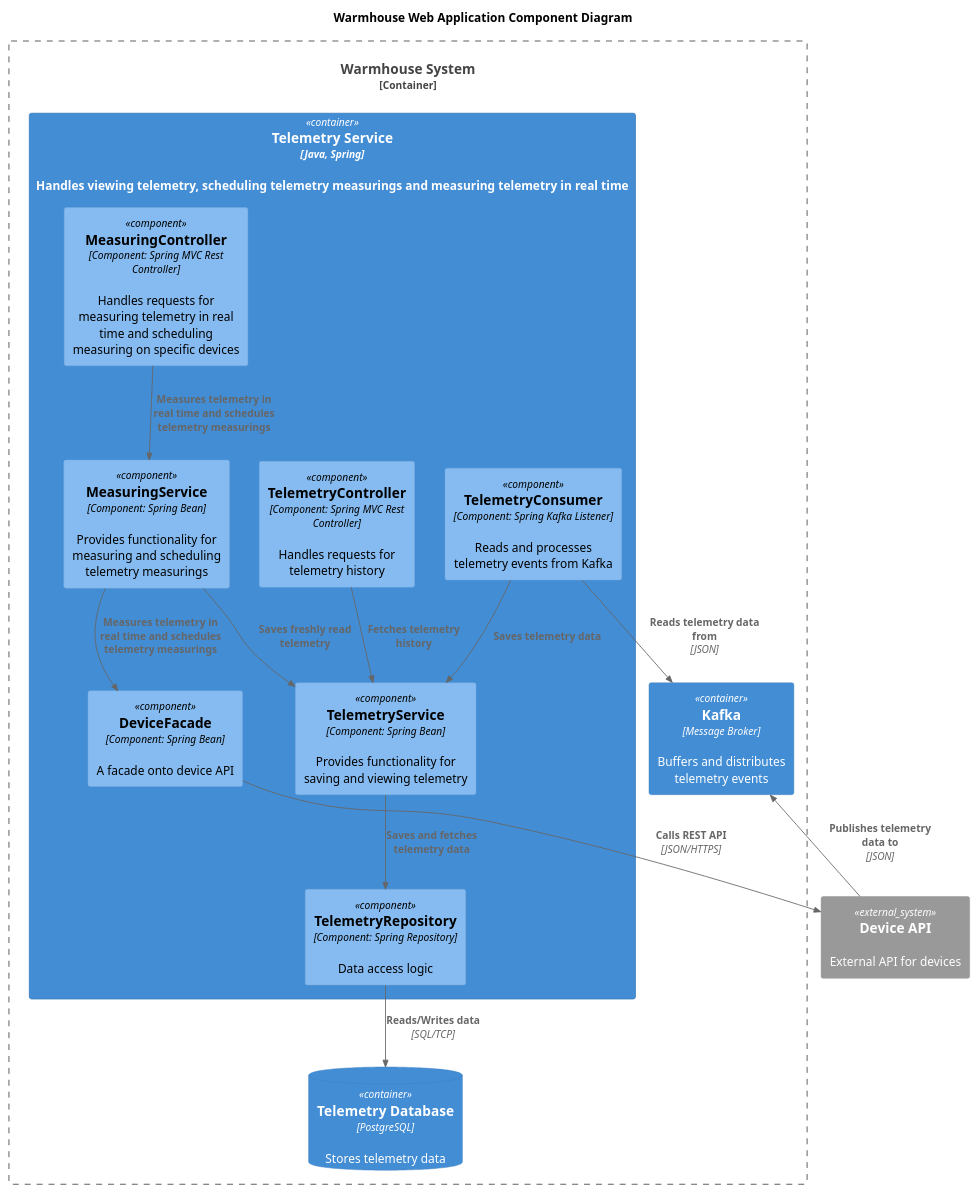
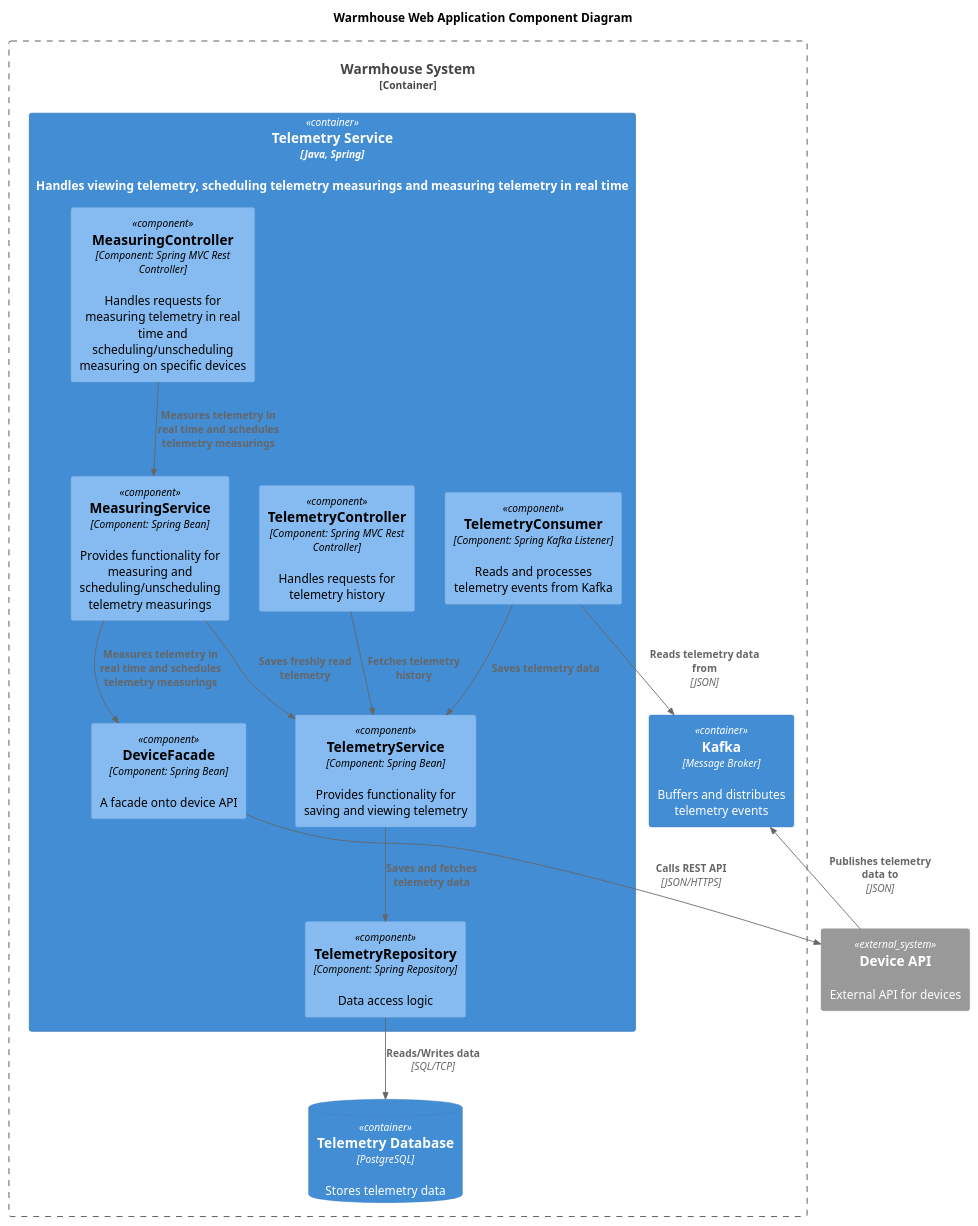
Before and after one commit to frobbery/architecture-warmhouse: the diagram in diagrams/component/telemetry-service-component.puml, drawn with PlantUML. The commit also changed 15 other files, not shown here.

```diff
--- a/diagrams/component/telemetry-service-component.puml
+++ b/diagrams/component/telemetry-service-component.puml
@@ -1,37 +1,37 @@
 @startuml
 title Warmhouse Web Application Component Diagram
 
 top to bottom direction
 
 !include ../templates/C4_Component.puml
 
 Container_Boundary(WarmhouseSystem, "Warmhouse System") {
   Container(TelemetryService, "Telemetry Service", "Java, Spring", "Handles viewing telemetry, scheduling telemetry measurings and measuring telemetry in real time")
   ContainerDb(TelemetryDatabase, "Telemetry Database", "PostgreSQL", "Stores telemetry data")
   Container(Kafka, "Kafka", "Message Broker", "Buffers and distributes telemetry events")
 }
 
 Container(TelemetryService, "Telemetry Service", "Java, Spring") {
   Component(TelemetryController, "TelemetryController", "Component: Spring MVC Rest Controller", "Handles requests for telemetry history")
   Component(TelemetryServiceLayer, "TelemetryService", "Component: Spring Bean", "Provides functionality for saving and viewing telemetry")
-  Component(MeasuringController, "MeasuringController", "Component: Spring MVC Rest Controller", "Handles requests for measuring telemetry in real time and scheduling measuring on specific devices")
+  Component(MeasuringController, "MeasuringController", "Component: Spring MVC Rest Controller", "Handles requests for measuring telemetry in real time and scheduling/unscheduling measuring on specific devices")
   Component(TelemetryConsumer, "TelemetryConsumer", "Component: Spring Kafka Listener", "Reads and processes telemetry events from Kafka")
-  Component(MeasuringService, "MeasuringService", "Component: Spring Bean", "Provides functionality for measuring and scheduling telemetry measurings")
+  Component(MeasuringService, "MeasuringService", "Component: Spring Bean", "Provides functionality for measuring and scheduling/unscheduling telemetry measurings")
   Component(TelemetryRepository, "TelemetryRepository", "Component: Spring Repository", "Data access logic")
   Component(DeviceFacade, "DeviceFacade", "Component: Spring Bean", "A facade onto device API")
 }
 
 System_Ext(deviceApi, "Device API", "External API for devices")
 
 Rel(TelemetryController,TelemetryServiceLayer,"Fetches telemetry history")
 Rel(deviceApi, Kafka, "Publishes telemetry data to", "JSON")
 Rel(TelemetryConsumer, Kafka, "Reads telemetry data from", "JSON")
 Rel(TelemetryConsumer, TelemetryServiceLayer, "Saves telemetry data")
 Rel(TelemetryServiceLayer,TelemetryRepository,"Saves and fetches telemetry data")
 Rel(TelemetryRepository, TelemetryDatabase, "Reads/Writes data", "SQL/TCP")
 Rel(MeasuringController,MeasuringService,"Measures telemetry in real time and schedules telemetry measurings")
 Rel(MeasuringService,TelemetryServiceLayer,"Saves freshly read telemetry")
 Rel(MeasuringService,DeviceFacade,"Measures telemetry in real time and schedules telemetry measurings")
 Rel(DeviceFacade,deviceApi,"Calls REST API", "JSON/HTTPS")
 
 @enduml
```
